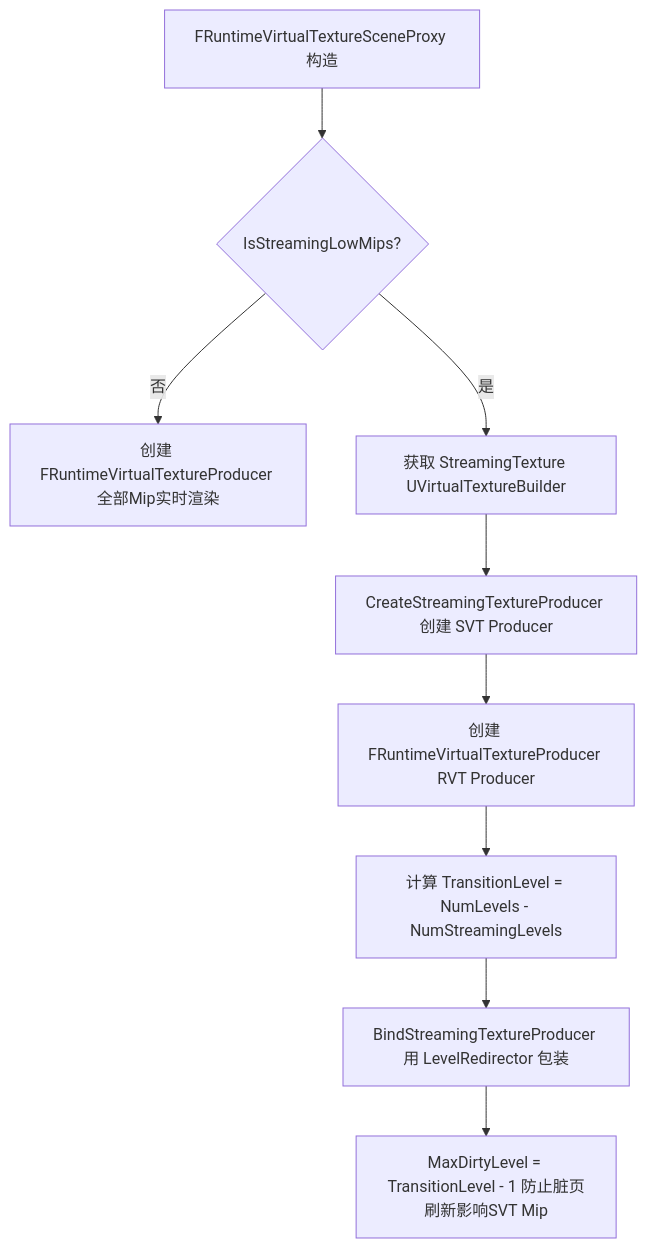
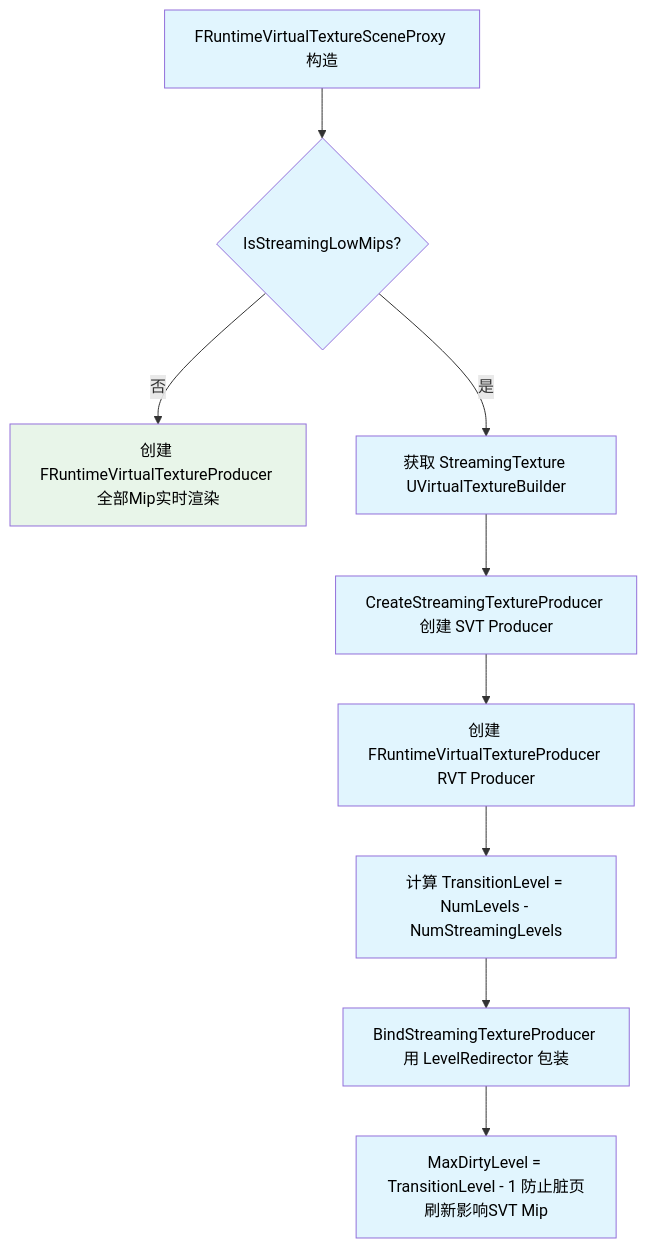
Diagram 13 of 21 in content/posts/UE5_Virtual_Texture_与_Runtime_Virtual_Texture_源码级全流程解析.md (mr0ptimist/mroptimist.github.io), drawn with Mermaid before and after one commit. The commit also changed other lines of this file and 2 other files, not shown here.

First line of the commit message:
Mermaid 图表 Dark Reader 兼容：所有 flowchart 加 classDef 配色 + 文字强制黑色

````diff
--- a/content/posts/UE5_Virtual_Texture_与_Runtime_Virtual_Texture_源码级全流程解析.md
+++ b/content/posts/UE5_Virtual_Texture_与_Runtime_Virtual_Texture_源码级全流程解析.md
@@ -642,11 +729,18 @@
 ```mermaid
 flowchart TD
     A["FRuntimeVirtualTextureSceneProxy 构造"] --> B{"IsStreamingLowMips?"}
     B -->|否| C["创建 FRuntimeVirtualTextureProducer 全部Mip实时渲染"]
     B -->|是| D["获取 StreamingTexture UVirtualTextureBuilder"]
     D --> E["CreateStreamingTextureProducer 创建 SVT Producer"]
     E --> F["创建 FRuntimeVirtualTextureProducer RVT Producer"]
     F --> G["计算 TransitionLevel = NumLevels - NumStreamingLevels"]
     G --> H["BindStreamingTextureProducer 用 LevelRedirector 包装"]
     H --> I["MaxDirtyLevel = TransitionLevel - 1 防止脏页刷新影响SVT Mip"]
+
+    classDef proc fill:#e1f5fe,color:#000
+    classDef dec fill:#fff9c4,color:#000
+    classDef ok fill:#e8f5e9,color:#000
+    class A,B proc
+    class C ok
+    class D,E,F,G,H,I proc
 ```
````
